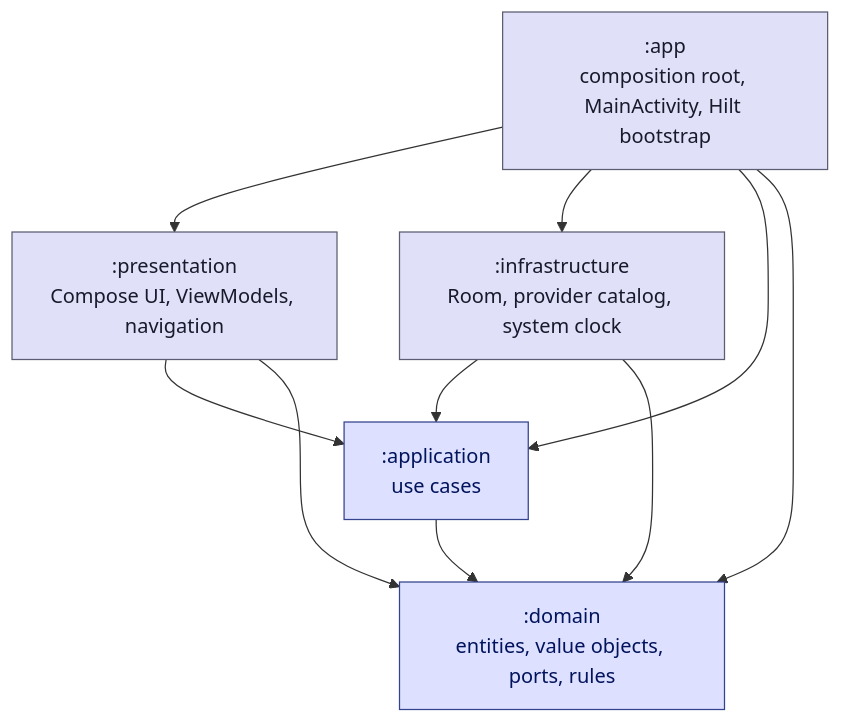
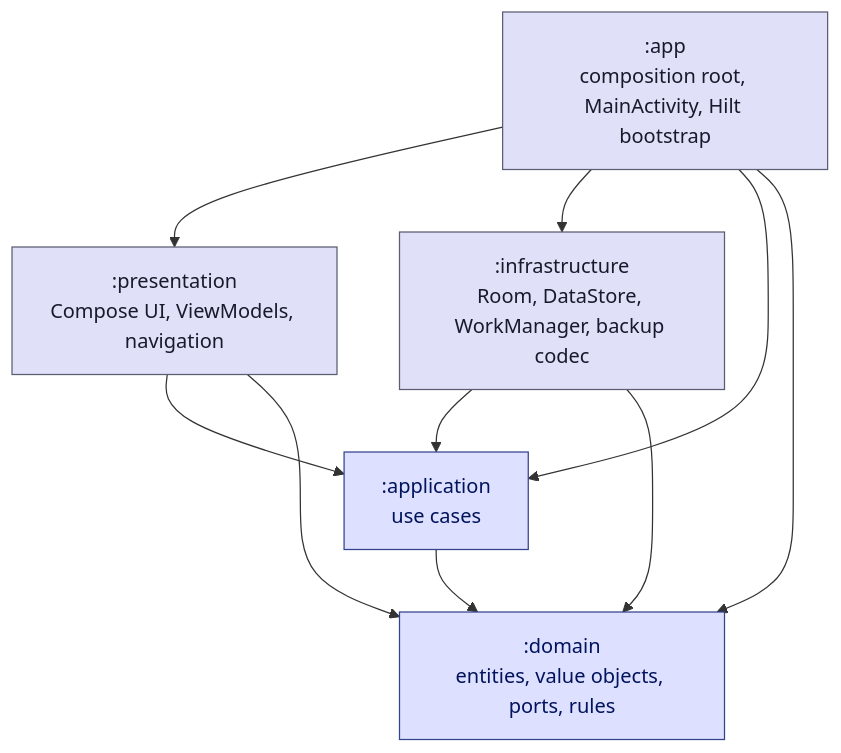
Before and after one commit to GriffSoftware/GriffSoftware.Keeper: the diagram in README.md, drawn with Mermaid. The commit also changed other lines of this file, not shown here.

````diff
--- a/README.md
+++ b/README.md
@@ -32,23 +231,23 @@
 ```mermaid
 graph TD
     APP[":app<br/>composition root, MainActivity, Hilt bootstrap"]
     PRES[":presentation<br/>Compose UI, ViewModels, navigation"]
-    INFRA[":infrastructure<br/>Room, provider catalog, system clock"]
+    INFRA[":infrastructure<br/>Room, DataStore, WorkManager, backup codec"]
     APPL[":application<br/>use cases"]
     DOM[":domain<br/>entities, value objects, ports, rules"]
 
     APP --> PRES
     APP --> INFRA
     APP --> APPL
     APP --> DOM
     PRES --> APPL
     PRES --> DOM
     INFRA --> APPL
     INFRA --> DOM
     APPL --> DOM
 
     classDef inner fill:#dee0ff,stroke:#33438e,color:#00135c
     classDef outer fill:#e0e1f9,stroke:#5b5d72,color:#181a2c
     class DOM,APPL inner
     class APP,PRES,INFRA outer
 ```
````
